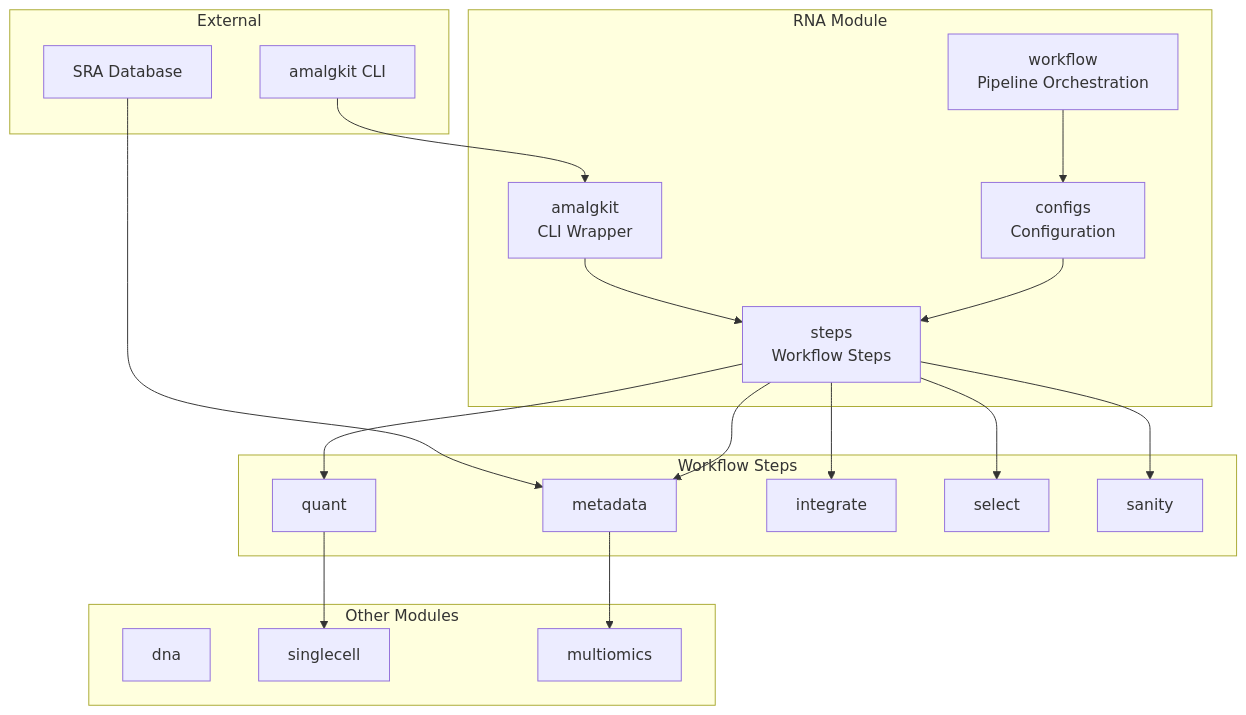
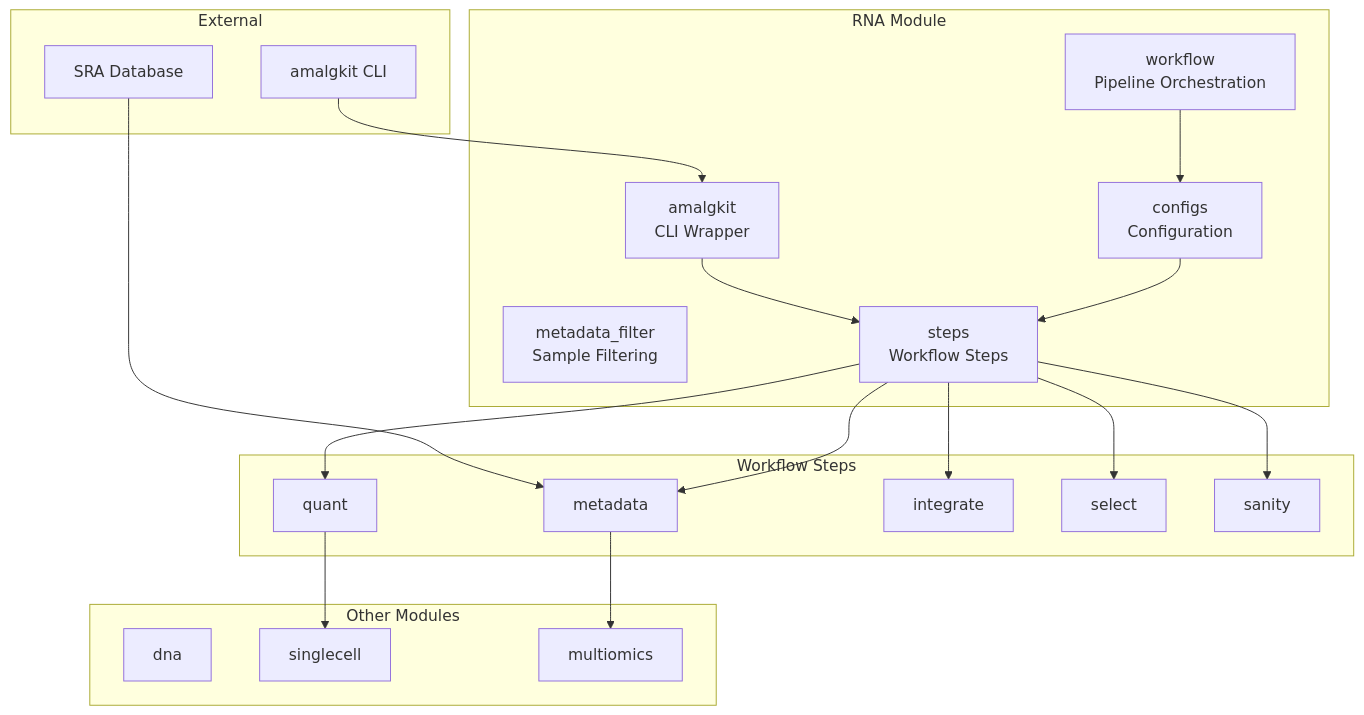
One commit to docxology/MetaInformAnt changed the first of 4 diagrams in src/metainformant/rna/README.md. Above: the diagram before and after it, drawn with Mermaid. The commit also changed other lines of this file and 13 other files, not shown here.

````diff
--- a/src/metainformant/rna/README.md
+++ b/src/metainformant/rna/README.md
@@ -22,41 +36,42 @@
 ```mermaid
 graph TB
     subgraph "RNA Module"
         Amalgkit[amalgkit<br/>CLI Wrapper]
         Workflow[workflow<br/>Pipeline Orchestration]
+        MetadataFilter[metadata_filter<br/>Sample Filtering]
         Configs[configs<br/>Configuration]
         Steps[steps<br/>Workflow Steps]
     end
 
     subgraph "Workflow Steps"
         Meta[metadata]
         Quant[quant]
         Integrate[integrate]
         Select[select]
         Sanity[sanity]
     end
 
     subgraph "External"
         AmalgkitCLI[amalgkit CLI]
         SRA[SRA Database]
     end
 
     subgraph "Other Modules"
         DNA_Mod[dna]
         SingleCell[singlecell]
         MultiOmics[multiomics]
     end
 
     AmalgkitCLI --> Amalgkit
     SRA --> Meta
     Amalgkit --> Steps
     Steps --> Meta
     Steps --> Quant
     Steps --> Integrate
     Steps --> Select
     Steps --> Sanity
     Workflow --> Configs
     Configs --> Steps
     Quant --> SingleCell
     Meta --> MultiOmics
 ```
````
